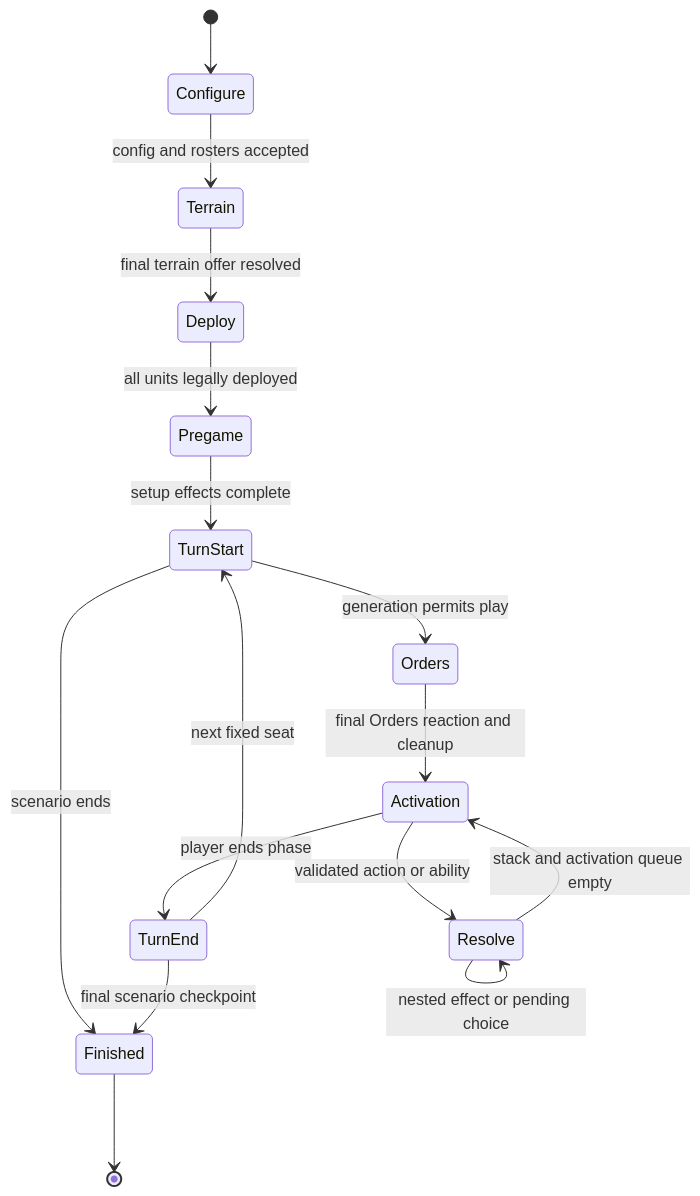
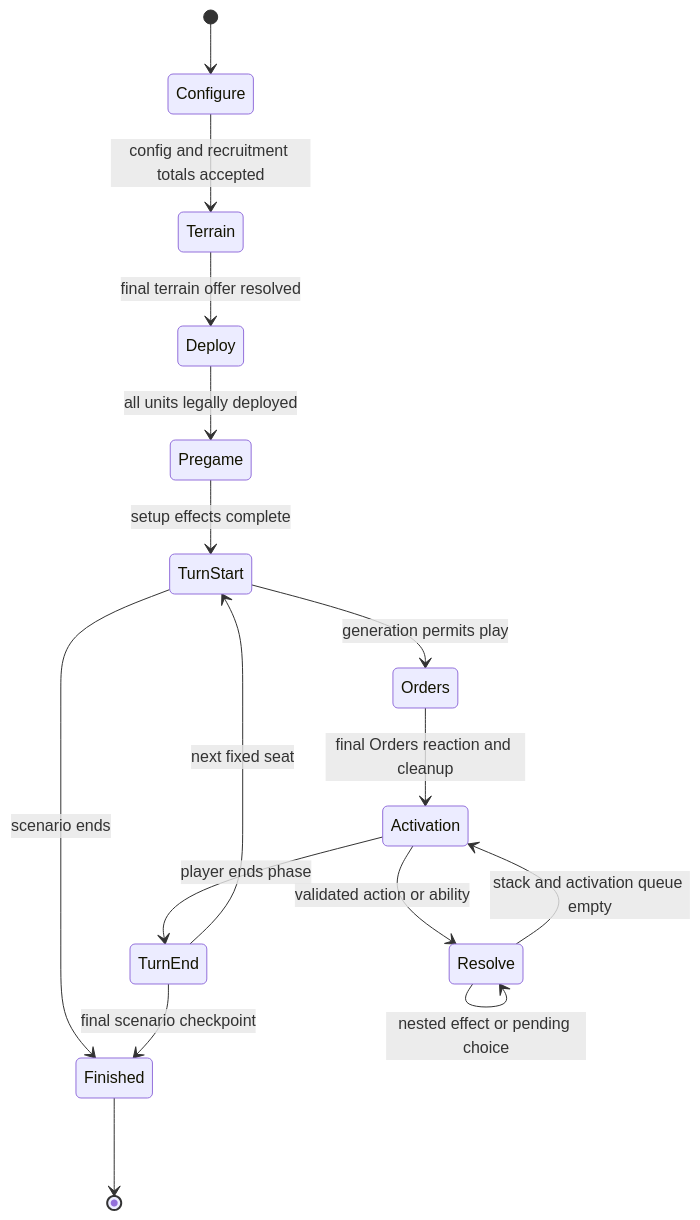
Before and after one commit to piartz/saga-vtt: the diagram in rules-roadmap/rules-module-design.md, drawn with Mermaid. The commit also changed other lines of this file and 9 other files, not shown here.

````diff
--- a/rules-roadmap/rules-module-design.md
+++ b/rules-roadmap/rules-module-design.md
@@ -66,18 +68,18 @@
 ```mermaid
 stateDiagram-v2
     [*] --> Configure
-    Configure --> Terrain: config and rosters accepted
+    Configure --> Terrain: config and recruitment totals accepted
     Terrain --> Deploy: final terrain offer resolved
     Deploy --> Pregame: all units legally deployed
     Pregame --> TurnStart: setup effects complete
     TurnStart --> Finished: scenario ends
     TurnStart --> Orders: generation permits play
     Orders --> Activation: final Orders reaction and cleanup
     Activation --> Resolve: validated action or ability
     Resolve --> Resolve: nested effect or pending choice
     Resolve --> Activation: stack and activation queue empty
     Activation --> TurnEnd: player ends phase
     TurnEnd --> Finished: final scenario checkpoint
     TurnEnd --> TurnStart: next fixed seat
     Finished --> [*]
 ```
````
